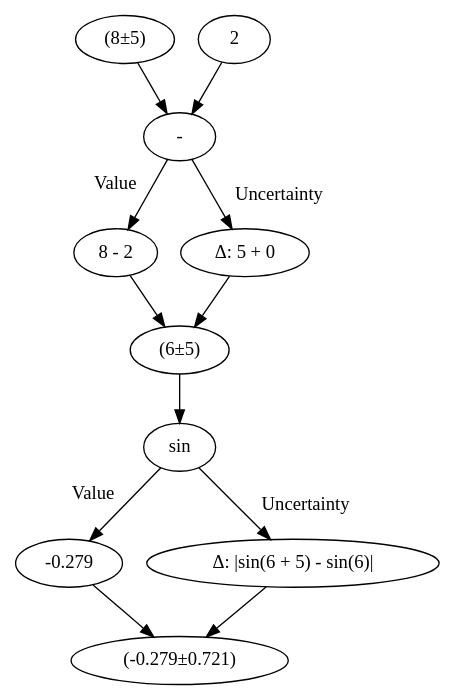
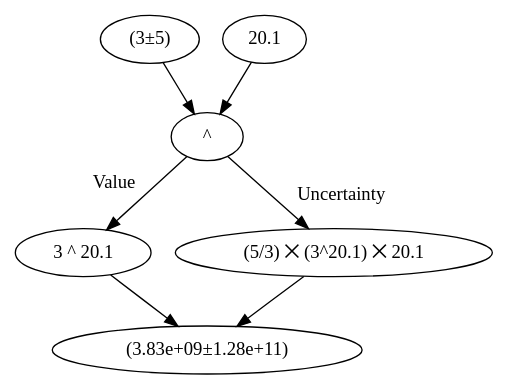
One commit to thomaslin2020/uncertainty changed the diagram in server/scripts/files/file.gv. Above: the diagram before and after it, drawn with Graphviz. The commit also changed 2 other files, not shown here.

```diff
--- a/server/scripts/files/file.gv
+++ b/server/scripts/files/file.gv
@@ -1,23 +1,14 @@
 digraph {
-	6 [label="(8±5)"]
-	7 [label=2]
-	8 [label="-"]
-	6 -> 8
-	7 -> 8
-	9 [label="8 - 2"]
-	10 [label="Δ: 5 + 0"]
-	8 -> 9 [xlabel=" Value "]
-	8 -> 10 [label=" Uncertainty "]
-	11 [label="(6±5)"]
-	9 -> 11
-	10 -> 11
-	12 [label=sin]
-	11 -> 12
-	13 [label=-0.279]
-	14 [label="Δ: |sin(6 + 5) - sin(6)|"]
-	12 -> 13 [xlabel=" Value "]
-	12 -> 14 [label=" Uncertainty "]
-	15 [label="(-0.279±0.721)"]
-	13 -> 15
-	14 -> 15
+	0 [label="(3±5)"]
+	13 [label=20.1]
+	12 [label="^"]
+	0 -> 12
+	13 -> 12
+	14 [label="3 ^ 20.1"]
+	15 [label="(5/3) ⨉ (3^20.1) ⨉ 20.1"]
+	12 -> 14 [xlabel=" Value "]
+	12 -> 15 [label=" Uncertainty "]
+	16 [label="(3.83e+09±1.28e+11)"]
+	14 -> 16
+	15 -> 16
 }
```
